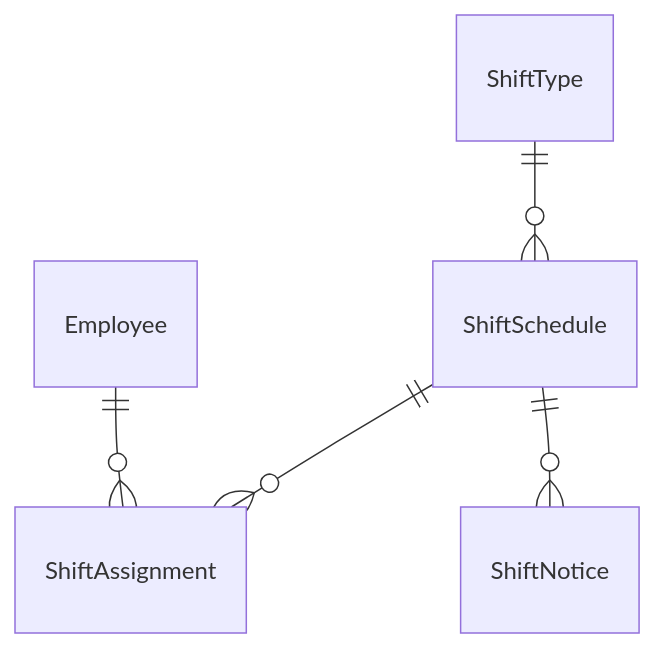
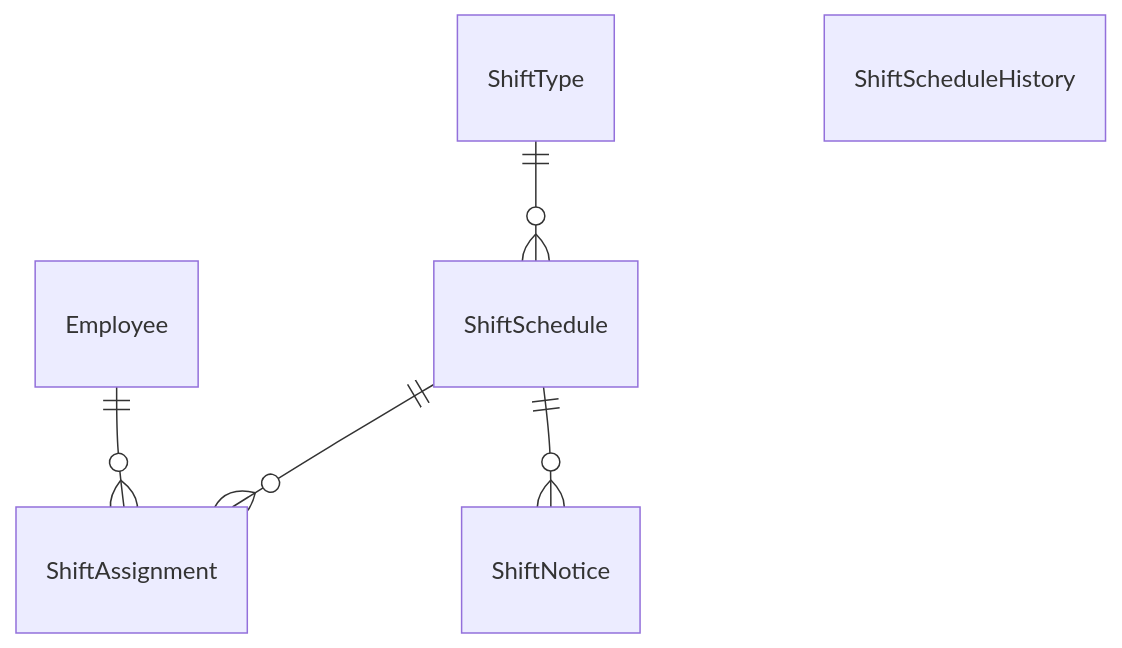
One commit to t-noda-211/shift-management changed the diagram in docs/entity-relationship-diagram.md. Above: the diagram before and after it, drawn with Mermaid. The commit also changed other lines of this file, not shown here.

Commit message:
ShiftScheduleHistoryエンティティを追加し、過去のシフトを表す集約ルートを定義。関連する説明をドキュメントに追加。

````diff
--- a/docs/entity-relationship-diagram.md
+++ b/docs/entity-relationship-diagram.md
@@ -7,18 +7,21 @@
 ```mermaid
 erDiagram
     %% Employee集約
     Employee
 
     %% ShiftType集約
     ShiftType
 
     %% ShiftSchedule集約
     ShiftSchedule
     ShiftAssignment
     ShiftNotice
 
+    %% ShiftScheduleHistory集約
+    ShiftScheduleHistory
+
     ShiftType ||--o{ ShiftSchedule : ""
     ShiftSchedule ||--o{ ShiftAssignment: ""
     Employee ||--o{ ShiftAssignment: ""
     ShiftSchedule ||--o{ ShiftNotice: ""
 ```
````
